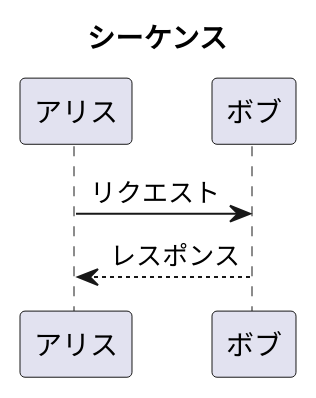
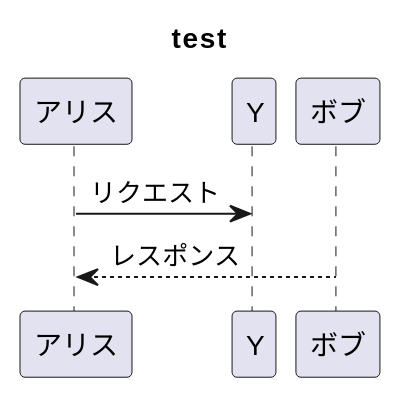
The diagram in test.pu (scla-sagauniv/SCLA_any_test), drawn with PlantUML before and after one commit.

Commit message:
pumlのテスト2

```diff
--- a/test.pu
+++ b/test.pu
@@ -1,5 +1,5 @@
 @startuml
-title シーケンス
-アリス -> ボブ: リクエスト
+title test
+アリス -> Y: リクエスト
 ボブ --> アリス: レスポンス
 @enduml
```
